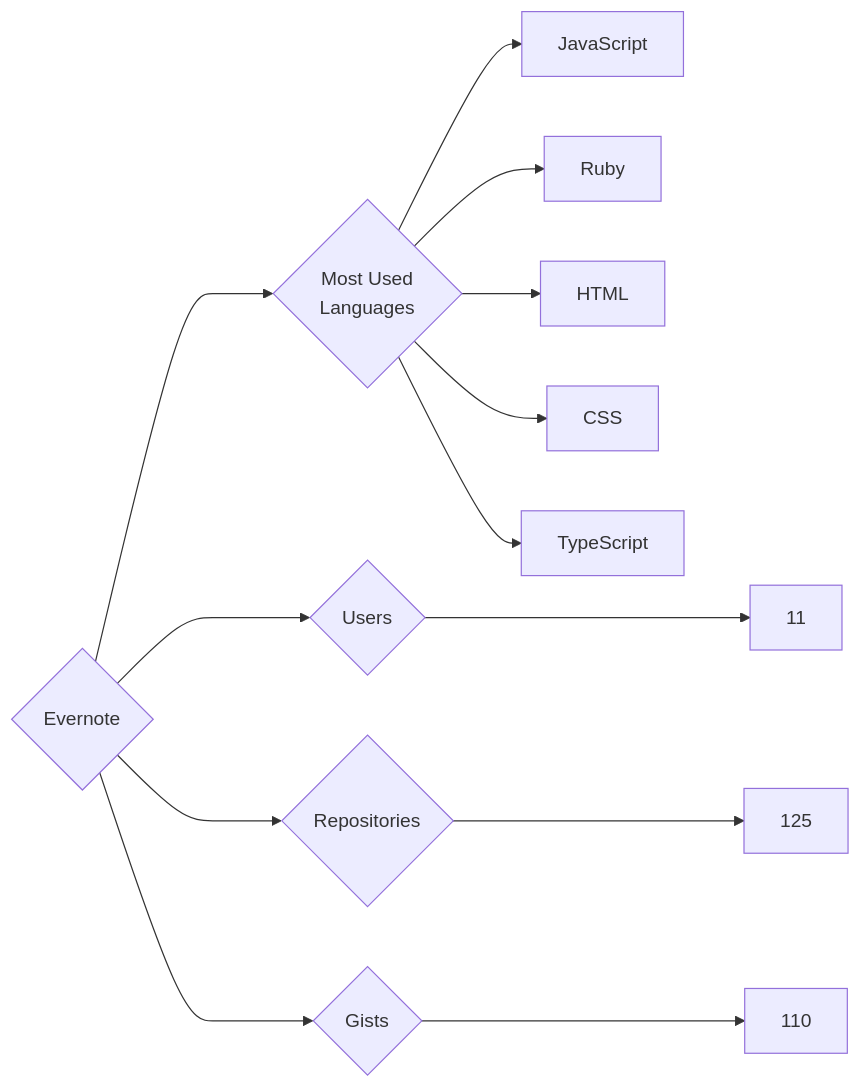
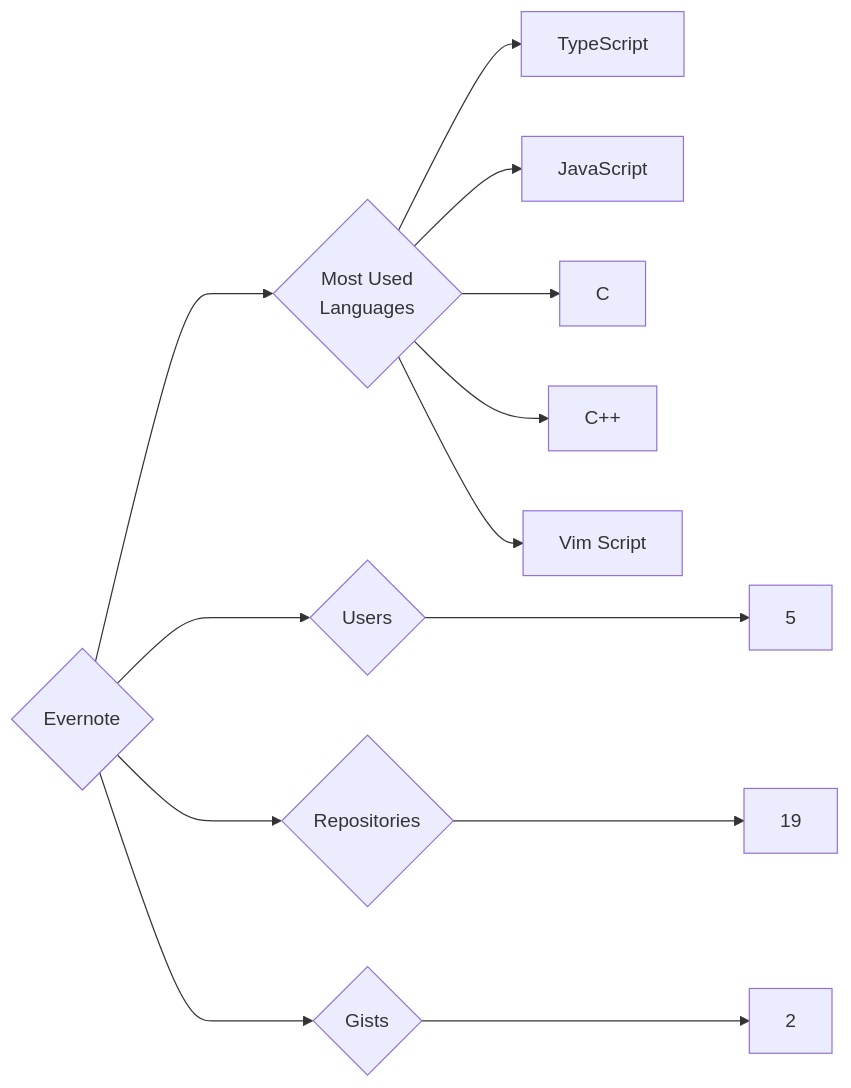
One commit to trickest/insiders changed the diagram in targets/Evernote/README.md. Above: the diagram before and after it, drawn with Mermaid. The commit also changed 934 other files, not shown here.

````diff
--- a/targets/Evernote/README.md
+++ b/targets/Evernote/README.md
@@ -3,13 +3,13 @@
 ```mermaid
 graph LR
 COMPANY_NAME{Evernote}
-COMPANY_NAME ---> U{Users} ---> UN[11]
-COMPANY_NAME ---> R{Repositories} ---> RN[125]
-COMPANY_NAME ---> G{Gists} ---> GN[110]
+COMPANY_NAME ---> U{Users} ---> UN[5]
+COMPANY_NAME ---> R{Repositories} ---> RN[19]
+COMPANY_NAME ---> G{Gists} ---> GN[2]
 COMPANY_NAME ---> ML{Most Used<br>Languages}
+ML --> TypeScript[TypeScript]
 ML --> JavaScript[JavaScript]
-ML --> Ruby[Ruby]
-ML --> HTML[HTML]
-ML --> CSS[CSS]
-ML --> TypeScript[TypeScript]
+ML --> C[C]
+ML --> C++[C++]
+ML --> Vim_Script[Vim Script]
 ```
````
